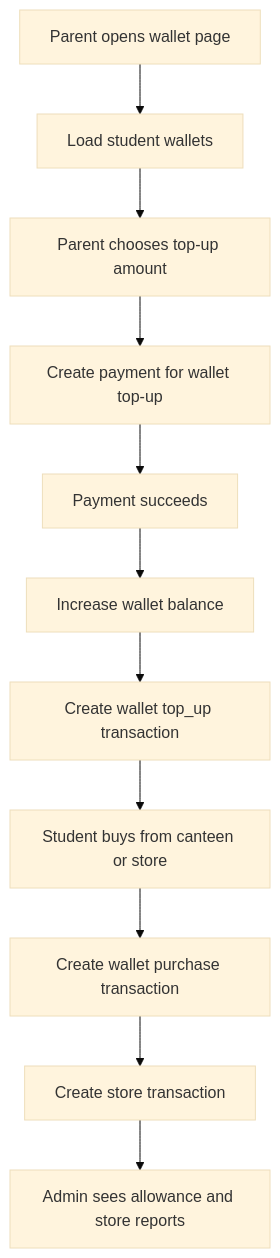
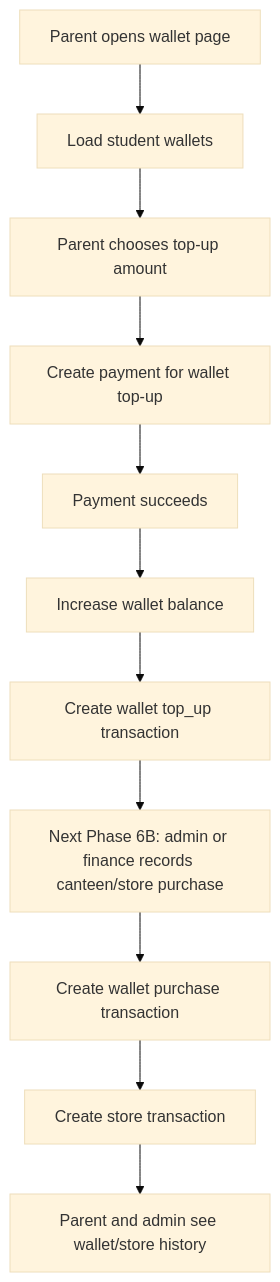
Before and after one commit to Xeyn19/xmetapay: the seventh of 7 diagrams in docs/DATABASE_SCHEMA_PLAN.md, drawn with Mermaid (base theme). The commit also changed other lines of this file and 5 other files, not shown here.

````diff
--- a/docs/DATABASE_SCHEMA_PLAN.md
+++ b/docs/DATABASE_SCHEMA_PLAN.md
@@ -677,13 +679,13 @@
 ```mermaid
 flowchart TD
   A["Parent opens wallet page"] --> B["Load student wallets"]
   B --> C["Parent chooses top-up amount"]
   C --> D["Create payment for wallet top-up"]
   D --> E["Payment succeeds"]
   E --> F["Increase wallet balance"]
   F --> G["Create wallet top_up transaction"]
-  G --> H["Student buys from canteen or store"]
+  G --> H["Next Phase 6B: admin or finance records canteen/store purchase"]
   H --> I["Create wallet purchase transaction"]
   I --> J["Create store transaction"]
-  J --> K["Admin sees allowance and store reports"]
+  J --> K["Parent and admin see wallet/store history"]
 ```
````
